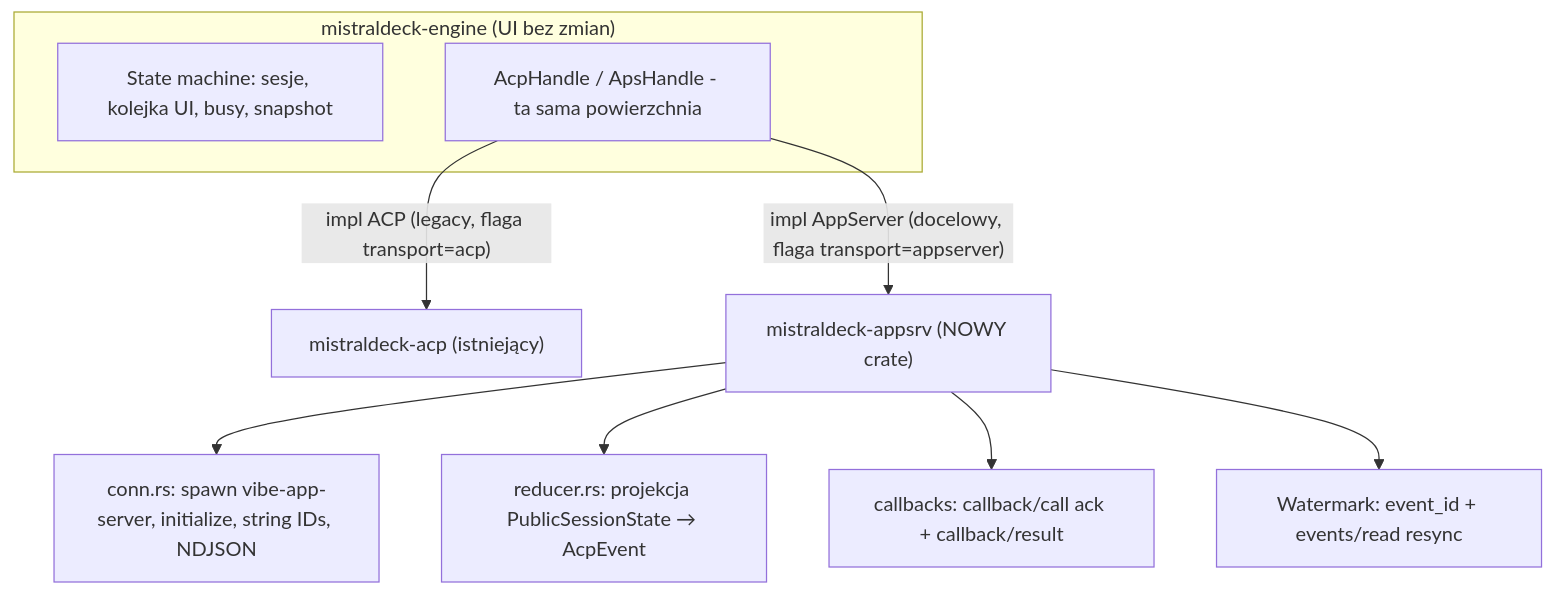
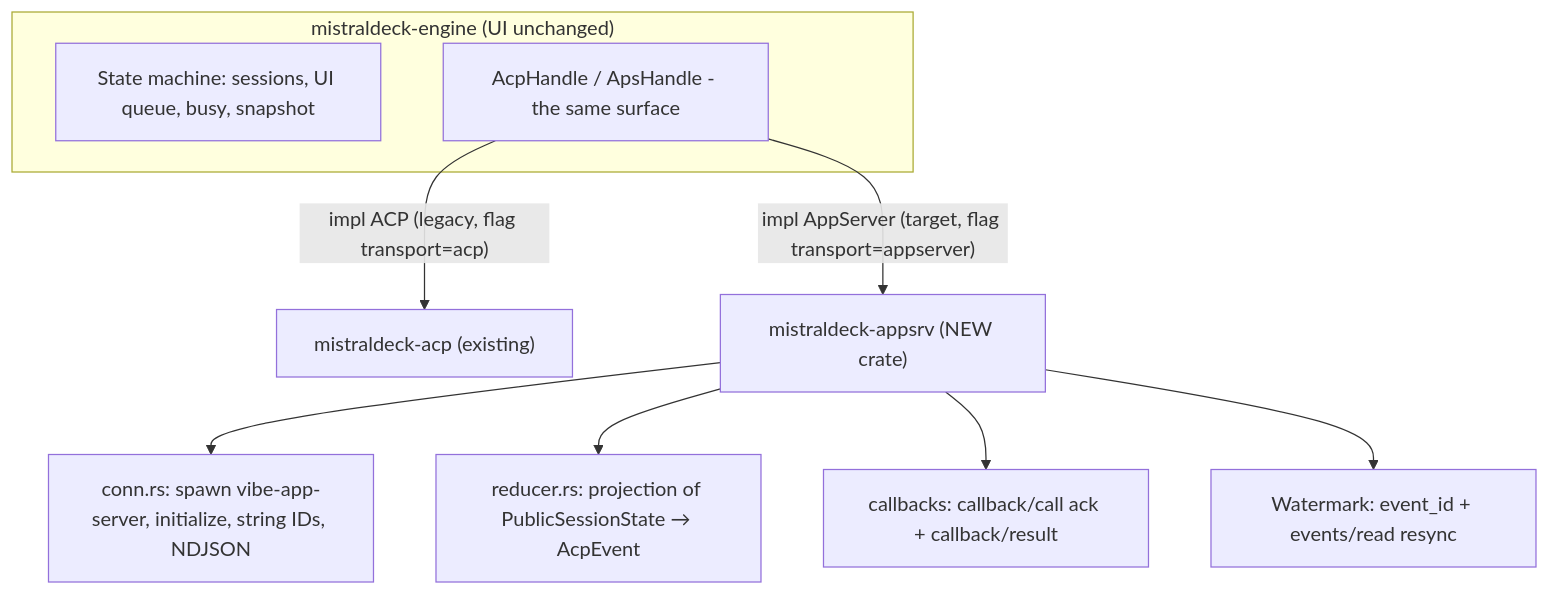
The diagram in docs/migration-appserver.md (Dragonk/halny-vibe-deck), drawn with Mermaid before and after one commit. The commit also changed other lines of this file and 6 other files, not shown here.

````diff
--- a/docs/migration-appserver.md
+++ b/docs/migration-appserver.md
@@ -57,13 +57,13 @@
 ```mermaid
 flowchart TD
-    subgraph Engine["mistraldeck-engine (UI bez zmian)"]
-        E["State machine: sesje, kolejka UI, busy, snapshot"]
-        H["AcpHandle / ApsHandle - ta sama powierzchnia"]
+    subgraph Engine["mistraldeck-engine (UI unchanged)"]
+        E["State machine: sessions, UI queue, busy, snapshot"]
+        H["AcpHandle / ApsHandle - the same surface"]
     end
-    H -->|"impl ACP (legacy, flaga transport=acp)"| ACP["mistraldeck-acp (istniejący)"]
-    H -->|"impl AppServer (docelowy, flaga transport=appserver)"| APP["mistraldeck-appsrv (NOWY crate)"]
+    H -->|"impl ACP (legacy, flag transport=acp)"| ACP["mistraldeck-acp (existing)"]
+    H -->|"impl AppServer (target, flag transport=appserver)"| APP["mistraldeck-appsrv (NEW crate)"]
     APP --> P["conn.rs: spawn vibe-app-server, initialize, string IDs, NDJSON"]
-    APP --> R["reducer.rs: projekcja PublicSessionState → AcpEvent"]
+    APP --> R["reducer.rs: projection of PublicSessionState → AcpEvent"]
     APP --> CB["callbacks: callback/call ack + callback/result"]
     APP --> W["Watermark: event_id + events/read resync"]
 ```
````
